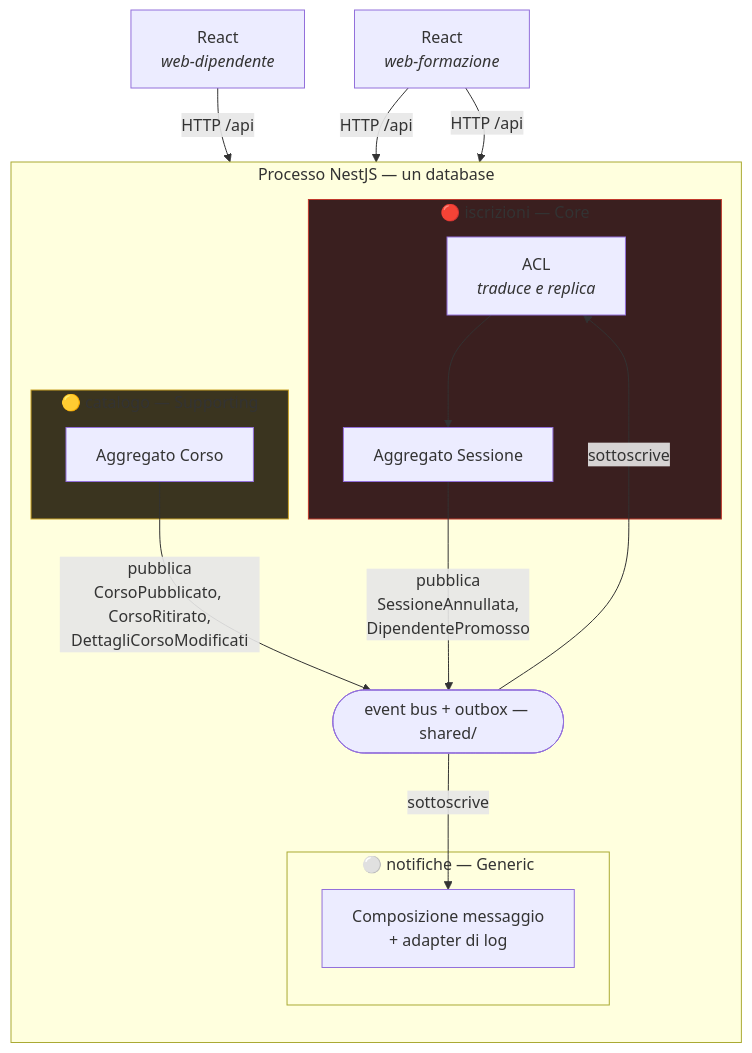
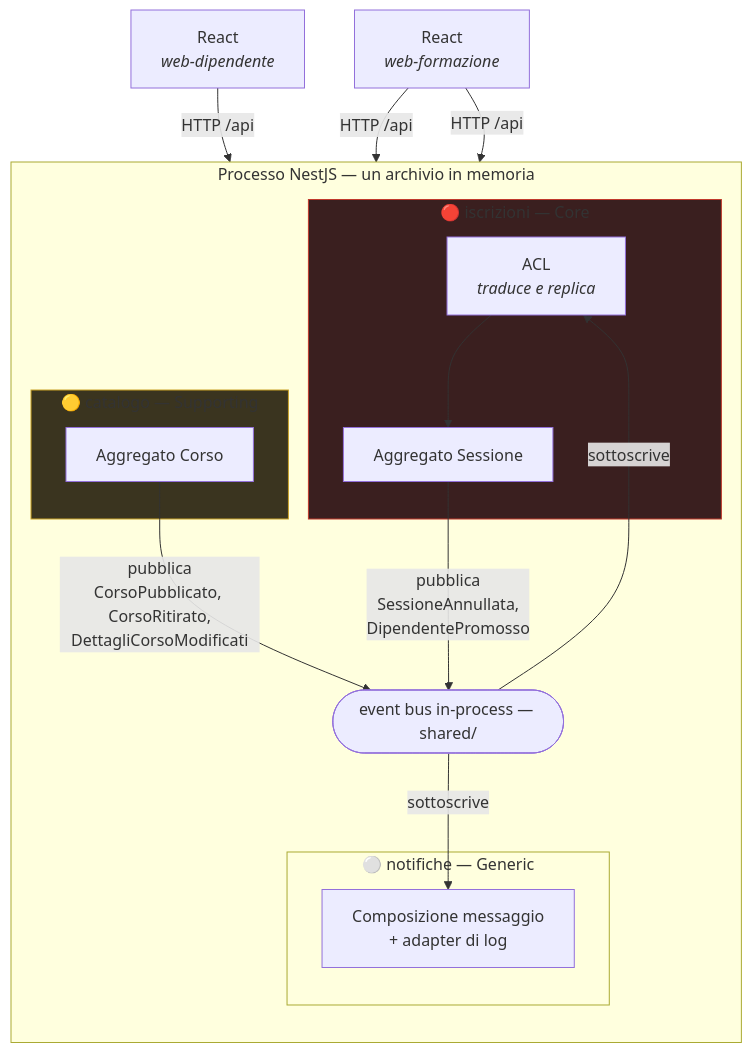
One commit to filippocazzarolli/class-roster changed the diagram in doc/domain.md. Above: the diagram before and after it, drawn with Mermaid. The commit also changed other lines of this file and 4 other files, not shown here.

````diff
--- a/doc/domain.md
+++ b/doc/domain.md
@@ -106,34 +106,34 @@
 ```mermaid
 flowchart TB
-    subgraph APP["Processo NestJS — un database"]
+    subgraph APP["Processo NestJS — un archivio in memoria"]
         direction TB
 
         subgraph CATB["🟡 catalogo — Supporting"]
             CAT["Aggregato Corso"]
         end
 
         subgraph ISCB["🔴 iscrizioni — Core"]
             ACL["ACL<br/><i>traduce e replica</i>"]
             ISC["Aggregato Sessione"]
             ACL --> ISC
         end
 
         subgraph NOTB["⚪ notifiche — Generic"]
             NOT["Composizione messaggio<br/>+ adapter di log"]
         end
 
-        BUS(["event bus + outbox — shared/"])
+        BUS(["event bus in-process — shared/"])
 
         CAT -->|"pubblica<br/>CorsoPubblicato, CorsoRitirato,<br/>DettagliCorsoModificati"| BUS
         ISC -->|"pubblica<br/>SessioneAnnullata,<br/>DipendentePromosso"| BUS
         BUS -->|"sottoscrive"| ACL
         BUS -->|"sottoscrive"| NOT
     end
 
     DIP["React<br/><i>web-dipendente</i>"] -->|"HTTP /api"| ISC
     FOR["React<br/><i>web-formazione</i>"] -->|"HTTP /api"| CAT
     FOR -->|"HTTP /api"| ISC
 
     style ISCB fill:#3a1f1f,stroke:#c0392b
     style CATB fill:#3a341f,stroke:#c9a227
 ```
````
